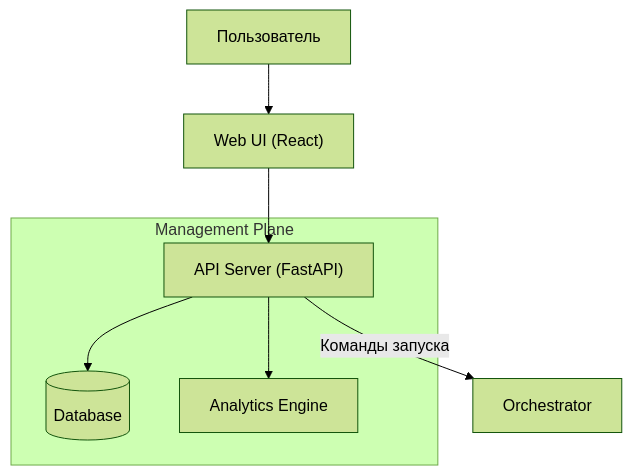
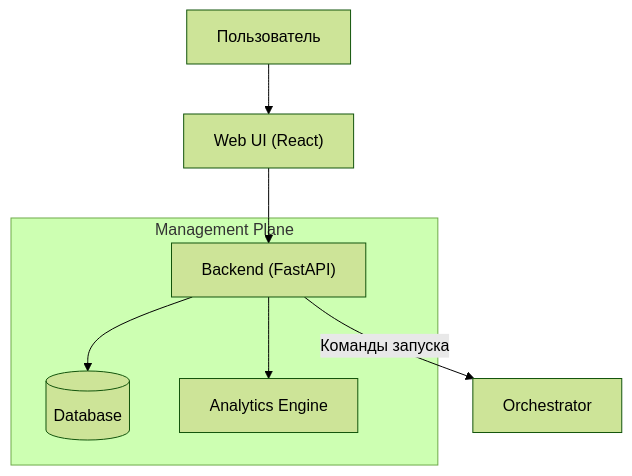
One commit to VLMHyperBenchTeam/VLMHyperBenchDocs changed the first of 2 diagrams in docs/architecture/concept.md. Above: the diagram before and after it, drawn with Mermaid (forest theme). The commit also changed other lines of this file and 8 other files, not shown here.

First line of the commit message:
docs: обновить архитектуру, ADR и настроить mermaid

````diff
--- a/docs/architecture/concept.md
+++ b/docs/architecture/concept.md
@@ -20,12 +20,12 @@
 ```mermaid
 graph TD
     User["Пользователь"] --> WebUI["Web UI (React)"]
-    WebUI --> APIServer["API Server (FastAPI)"]
+    WebUI --> Backend["Backend (FastAPI)"]
     
     subgraph "Management Plane"
-        APIServer --> DB[(Database)]
-        APIServer --> Analytics["Analytics Engine"]
+        Backend --> DB[(Database)]
+        Backend --> Analytics["Analytics Engine"]
     end
     
-    APIServer -->|"Команды запуска"| Orchestrator["Orchestrator"]
+    Backend -->|"Команды запуска"| Orchestrator["Orchestrator"]
 ```
````
